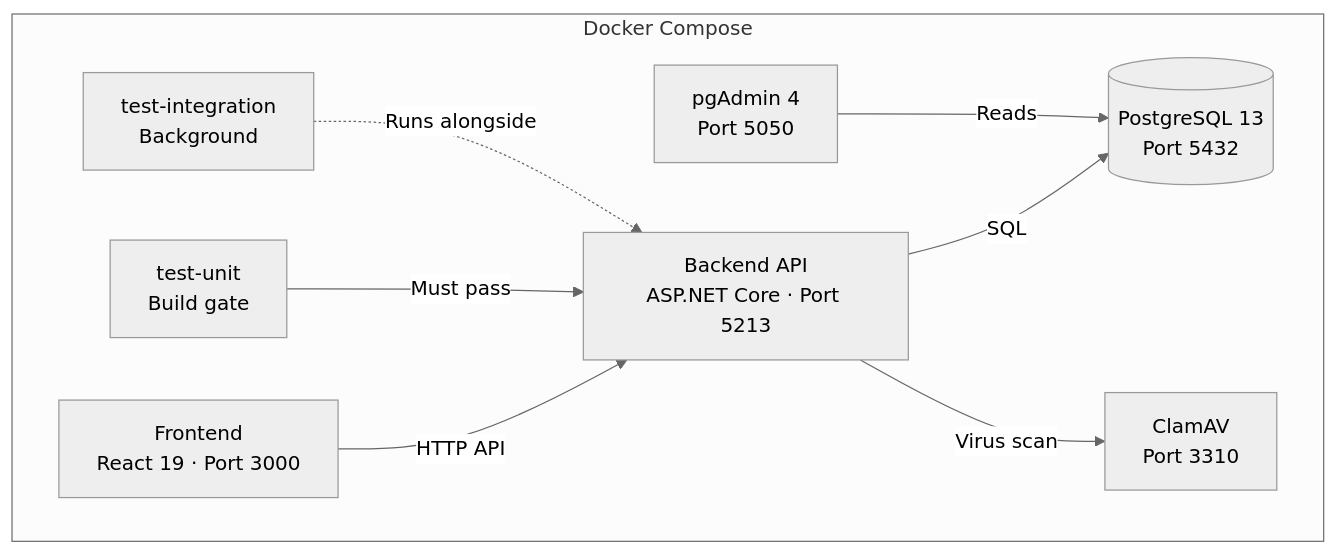
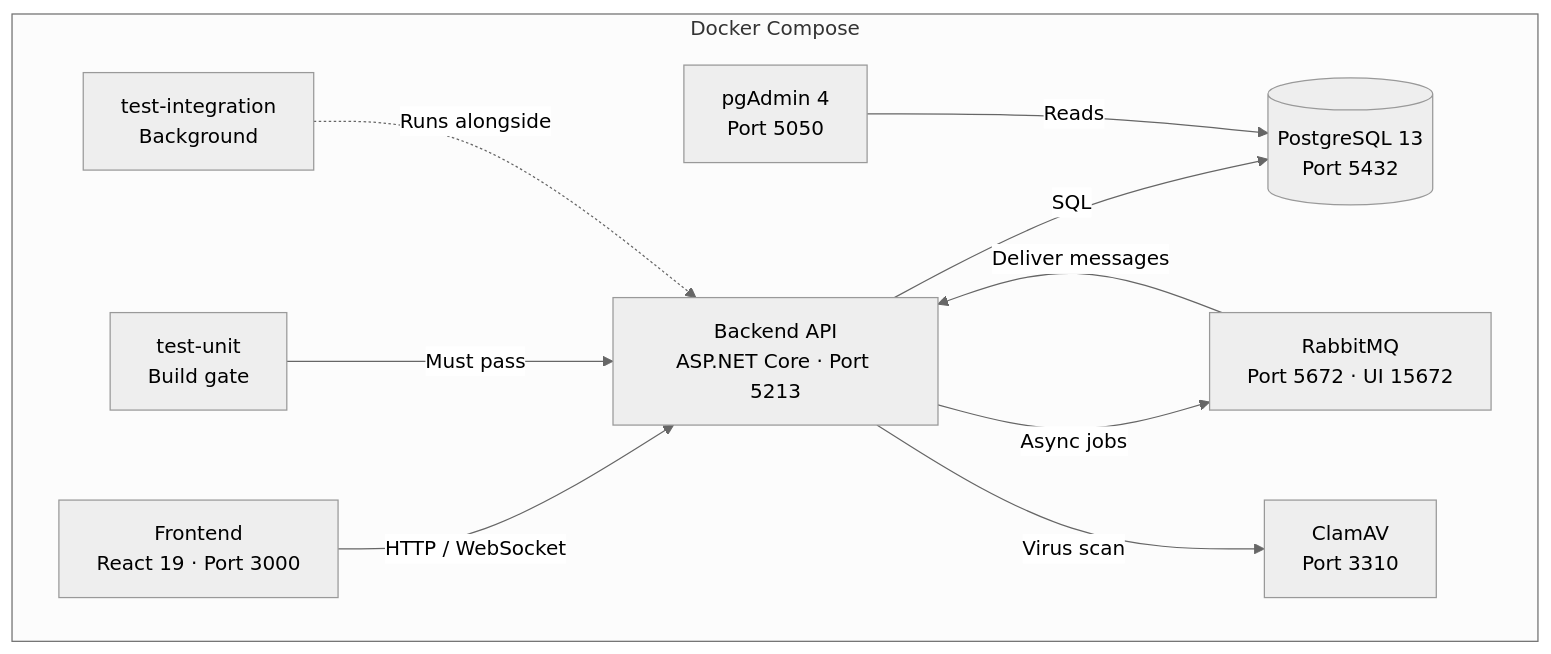
One commit to elnoraa/bankStatements changed the diagram in README.md. Above: the diagram before and after it, drawn with Mermaid (neutral theme). The commit also changed other lines of this file and 56 other files, not shown here.

````diff
--- a/README.md
+++ b/README.md
@@ -27,19 +33,22 @@
 ```mermaid
 graph TB
     subgraph Docker Compose
         FE[Frontend<br/>React 19 · Port 3000]
         BE[Backend API<br/>ASP.NET Core · Port 5213]
         DB[(PostgreSQL 13<br/>Port 5432)]
+        MQ[RabbitMQ<br/>Port 5672 · UI 15672]
         PG[pgAdmin 4<br/>Port 5050]
         CL[ClamAV<br/>Port 3310]
         TU[test-unit<br/>Build gate]
         TI[test-integration<br/>Background]
     end
 
-    FE -->|HTTP API| BE
+    FE -->|HTTP / WebSocket| BE
     BE -->|SQL| DB
+    BE -->|Async jobs| MQ
     BE -->|Virus scan| CL
     TU -->|Must pass| BE
     TI -.->|Runs alongside| BE
+    MQ -->|Deliver messages| BE
     PG -->|Reads| DB
 ```
````
